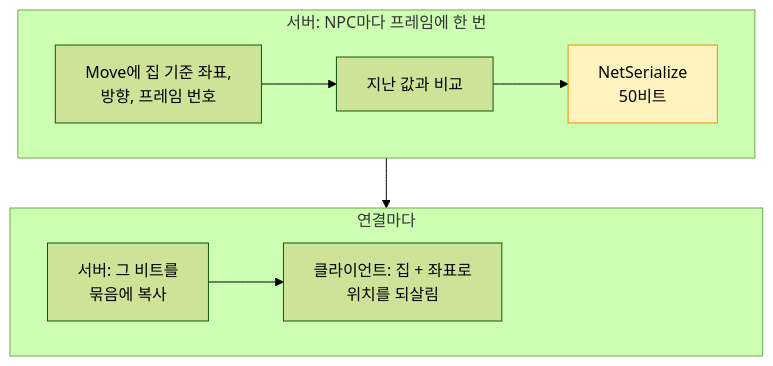
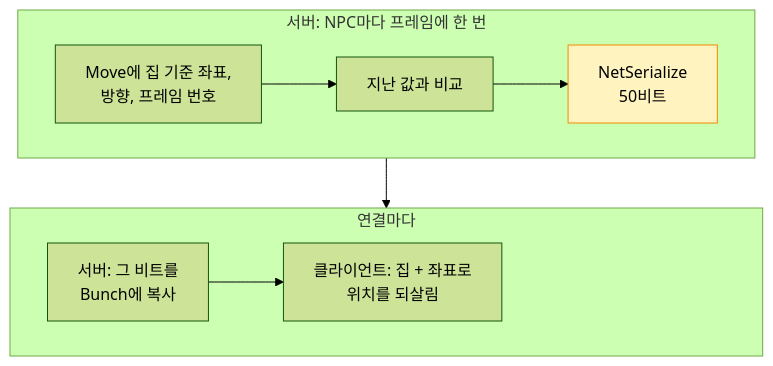
One commit to hon454/ue-dedicated-server-optimization-lab changed the first of 2 diagrams in Posts/12-npc-move-netserialize/README.md. Above: the diagram before and after it, drawn with Mermaid (forest theme). The commit also changed other lines of this file and 14 other files, not shown here.

````diff
--- a/Posts/12-npc-move-netserialize/README.md
+++ b/Posts/12-npc-move-netserialize/README.md
@@ -49,17 +49,17 @@
 ```mermaid
 flowchart TB
     subgraph Server["서버: NPC마다 프레임에 한 번"]
         direction LR
         A["Move에 집 기준 좌표,<br/>방향, 프레임 번호"] --> B["지난 값과 비교"] --> C["NetSerialize<br/>50비트"]
     end
     subgraph Client["연결마다"]
         direction LR
-        D["서버: 그 비트를<br/>묶음에 복사"] --> E["클라이언트: 집 + 좌표로<br/>위치를 되살림"]
+        D["서버: 그 비트를<br/>Bunch에 복사"] --> E["클라이언트: 집 + 좌표로<br/>위치를 되살림"]
         E ~~~ Pad["여백여백여백"]
     end
     Server --> Client
     classDef cut fill:#fff3bf,stroke:#f08c00,color:#000
     class C cut
     classDef pad fill:none,stroke:none,color:transparent
     class Pad pad
 ```
````
